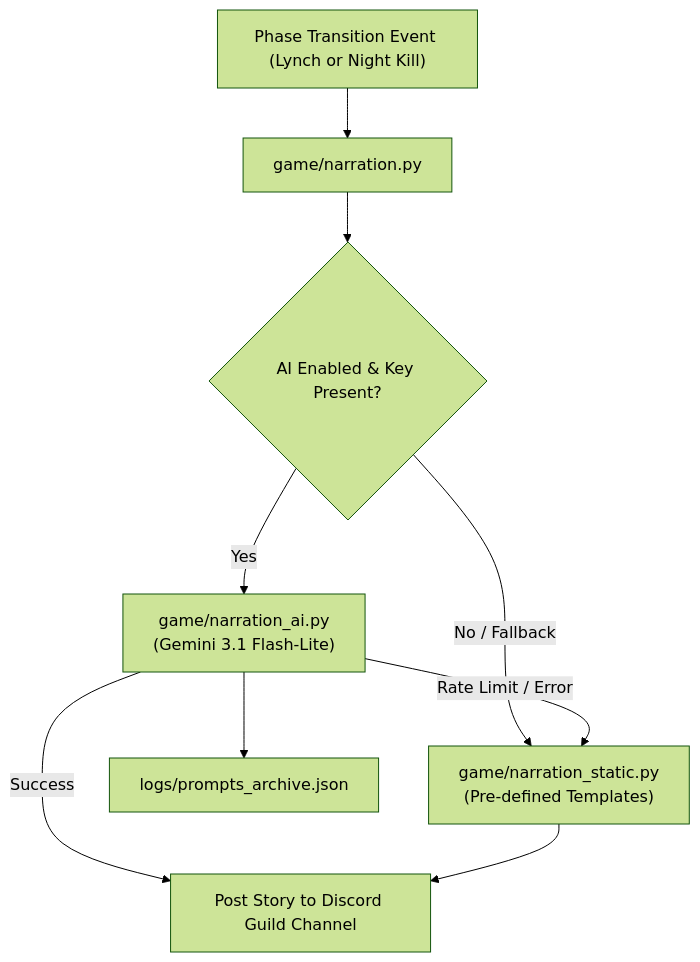
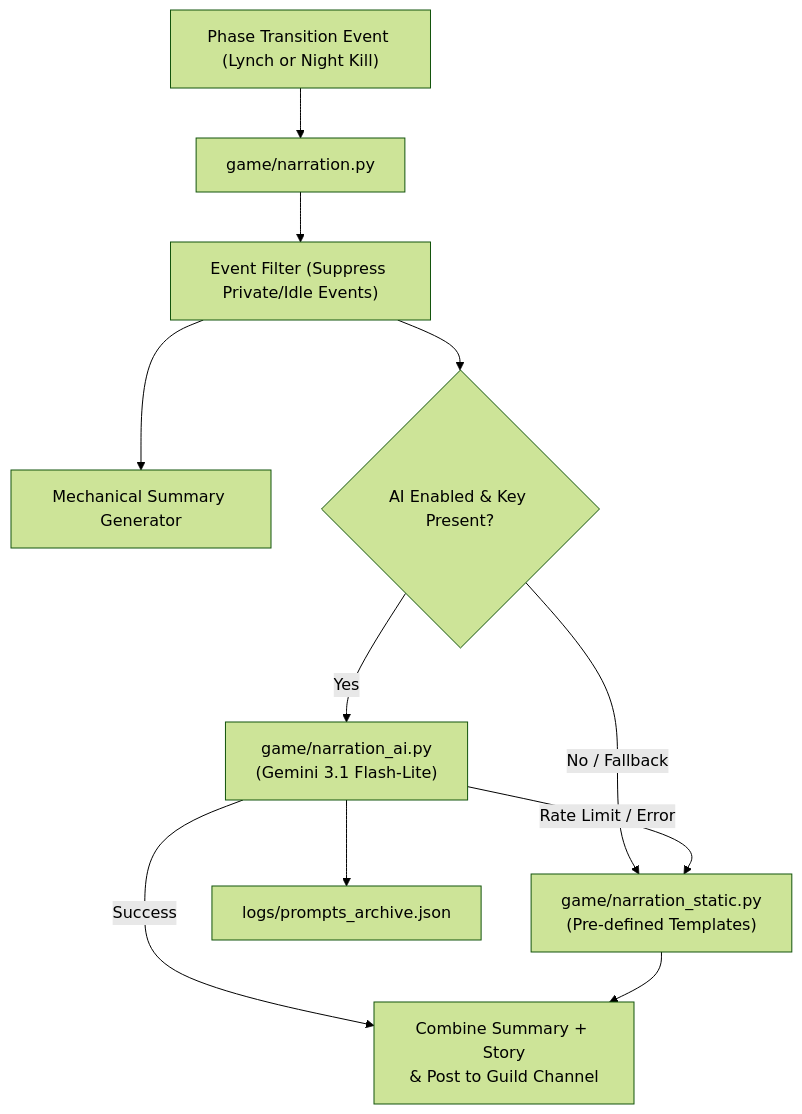
The diagram in game/narration/Game_Narration_Overview.md (asch053/IC-Mafia-Bot), drawn with Mermaid (forest theme) before and after one commit. The commit also changed other lines of this file and 25 other files, not shown here.

````diff
--- a/game/narration/Game_Narration_Overview.md
+++ b/game/narration/Game_Narration_Overview.md
@@ -18,14 +26,16 @@
 ```mermaid
 flowchart TD
     Boundary["Phase Transition Event (Lynch or Night Kill)"] --> Dispatcher["game/narration.py"]
     
-    Dispatcher --> Check{"AI Enabled & Key Present?"}
+    Dispatcher --> Filter["Event Filter (Suppress Private/Idle Events)"]
+    Filter --> Mech["Mechanical Summary Generator"]
+    Filter --> Check{"AI Enabled & Key Present?"}
     Check -->|Yes| Gemini["game/narration_ai.py<br>(Gemini 3.1 Flash-Lite)"]
     Check -->|No / Fallback| Static["game/narration_static.py<br>(Pre-defined Templates)"]
     
-    Gemini -->|Success| Publish["Post Story to Discord Guild Channel"]
+    Gemini -->|Success| Publish["Combine Summary + Story<br>& Post to Guild Channel"]
     Gemini -->|Rate Limit / Error| Static
     Static --> Publish
     
     Gemini --> Archive["logs/prompts_archive.json"]
 ```
````
